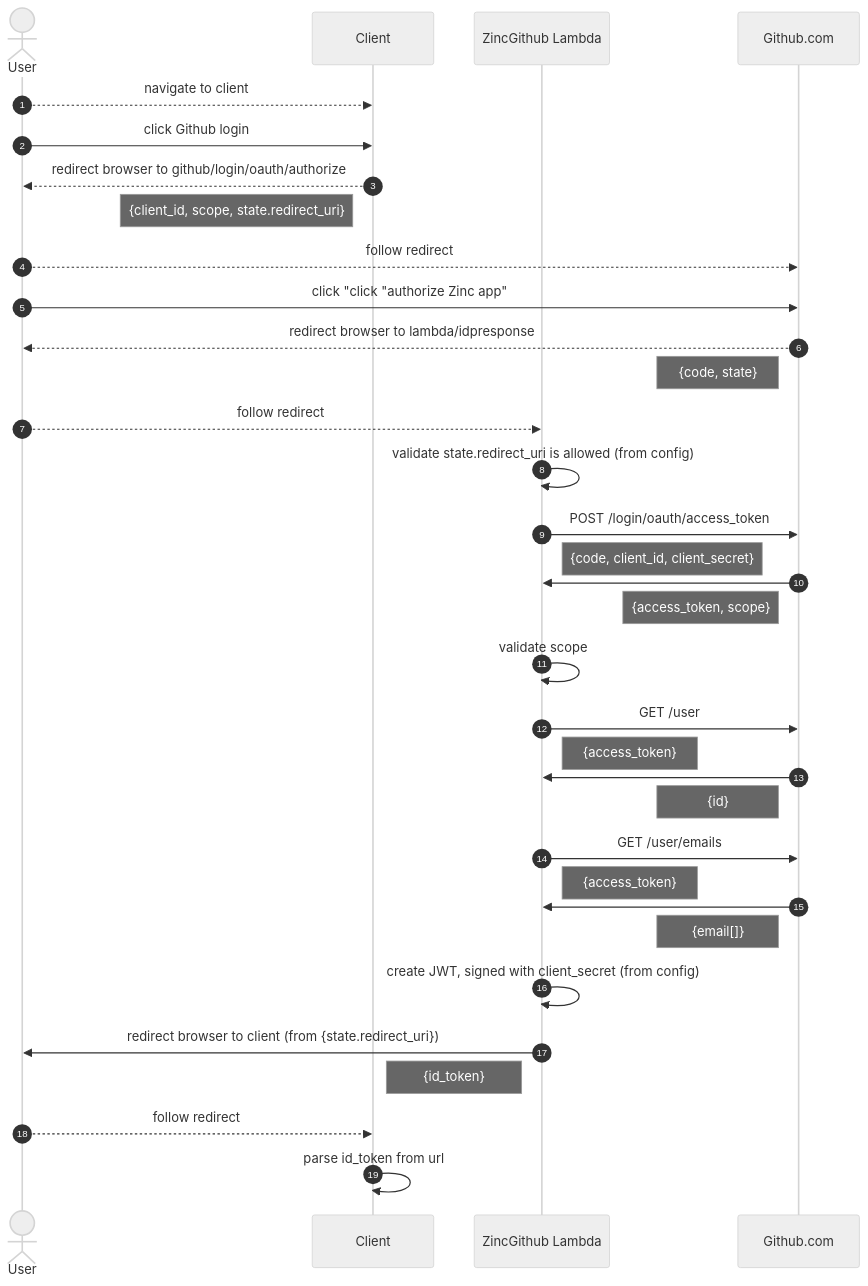
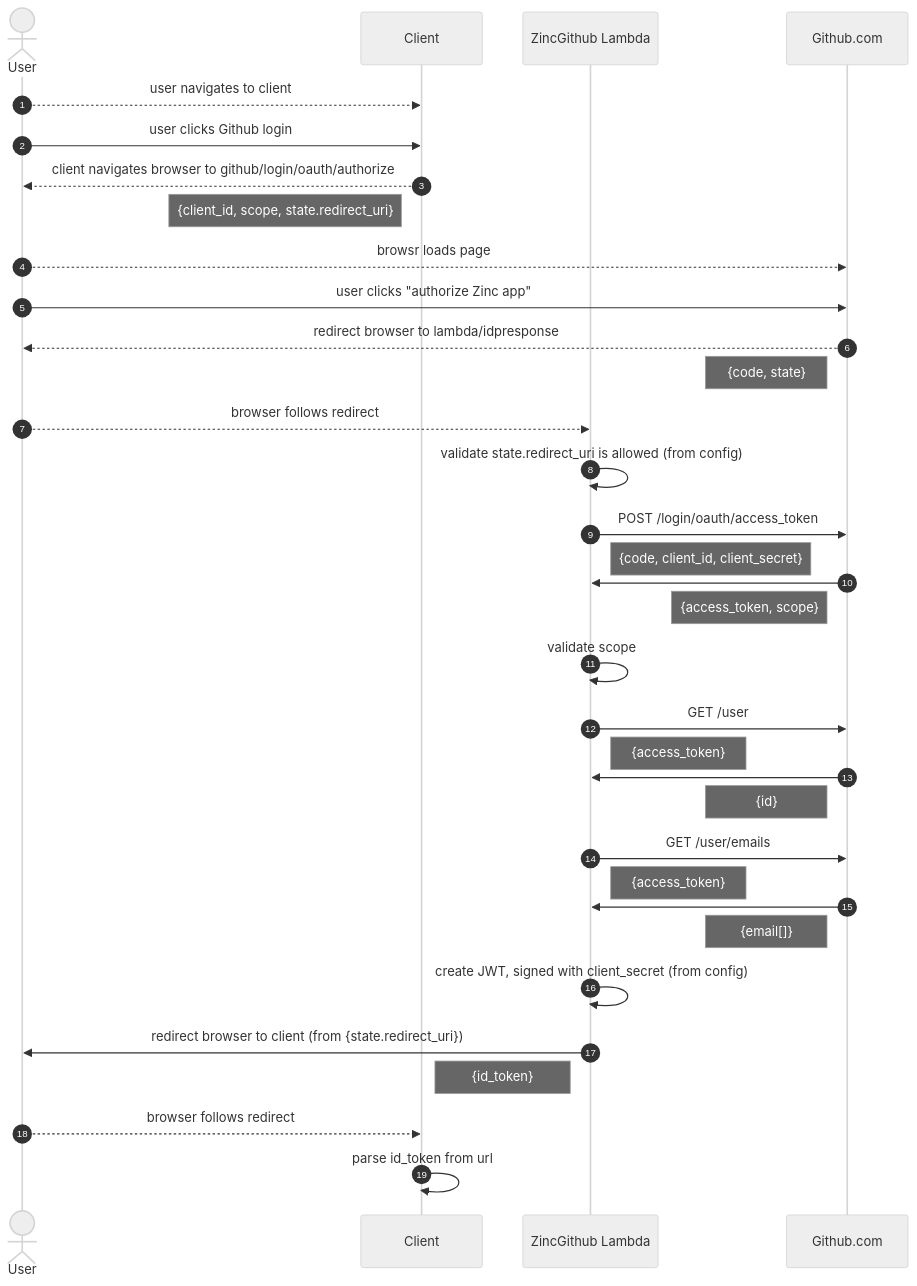
Before and after one commit to shorn/zinc: the diagram in aws-infra/lambda/doc/direct-github-sign-in.md, drawn with Mermaid (neutral theme).

````diff
--- a/aws-infra/lambda/doc/direct-github-sign-in.md
+++ b/aws-infra/lambda/doc/direct-github-sign-in.md
@@ -3,38 +3,38 @@
 ```mermaid
 sequenceDiagram
 autonumber
 actor user as User
 participant client as Client
 participant lambda as ZincGithub Lambda
 participant github as Github.com
 
-user-->>client: navigate to client
-user->>client: click Github login
-client-->>user: redirect browser to github/login/oauth/authorize
+user-->>client: user navigates to client
+user->>client: user clicks Github login
+client-->>user: client navigates browser to github/login/oauth/authorize
 note left of client: {client_id, scope, state.redirect_uri}
-user-->>github: follow redirect
-user->>github: click "click "authorize Zinc app" 
+user-->>github: browsr loads page
+user->>github: user clicks "authorize Zinc app" 
 github-->>user: redirect browser to lambda/idpresponse
 note left of github: {code, state}
-user-->>lambda: follow redirect
+user-->>lambda: browser follows redirect
 lambda->>lambda: validate state.redirect_uri is allowed (from config)
 lambda->>github: POST /login/oauth/access_token
 note right of lambda: {code, client_id, client_secret}
 github->>lambda: 
 note left of github: {access_token, scope} 
 lambda->>lambda: validate scope
 lambda->>github: GET /user
 note right of lambda: {access_token}
 github->>lambda: 
 note left of github: {id}
 lambda->>github: GET /user/emails
 note right of lambda: {access_token}
 github->>lambda: 
 note left of github: {email[]}
 lambda->>lambda: create JWT, signed with client_secret (from config)
 lambda->>user: redirect browser to client (from {state.redirect_uri}) 
 note left of lambda: {id_token}
-user-->>client: follow redirect
+user-->>client: browser follows redirect
 client->>client: parse id_token from url
 
 ```
````
